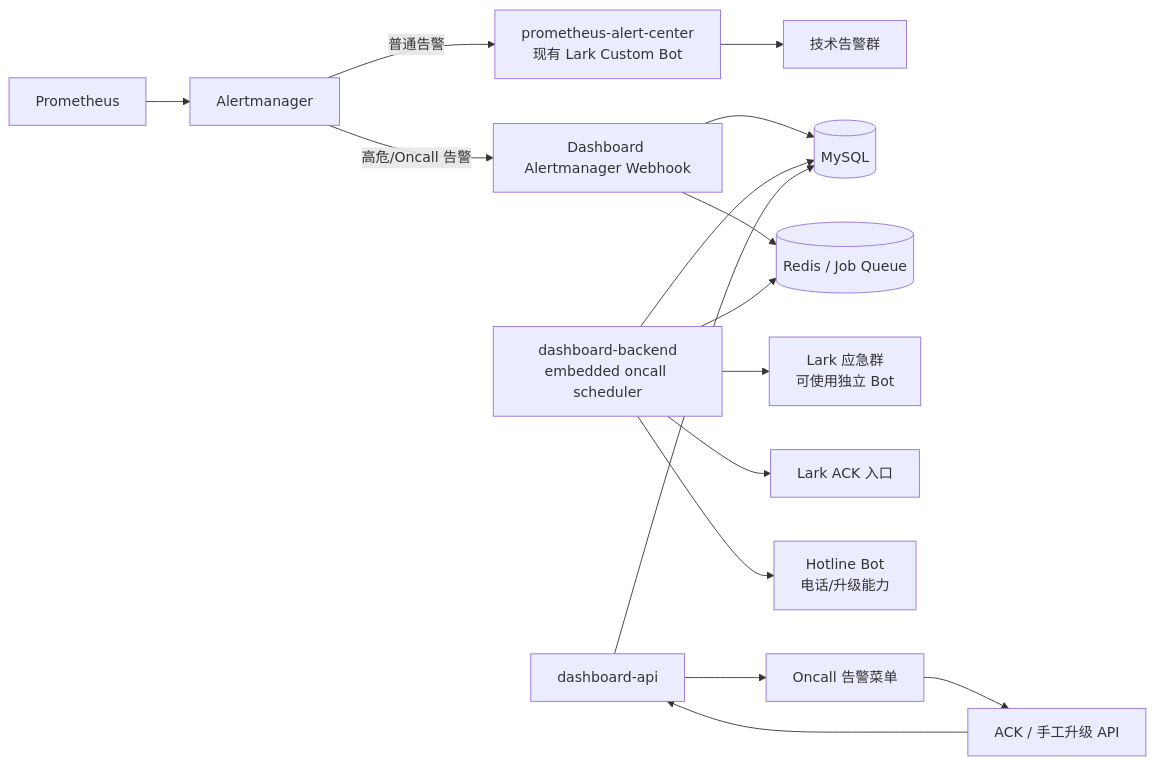
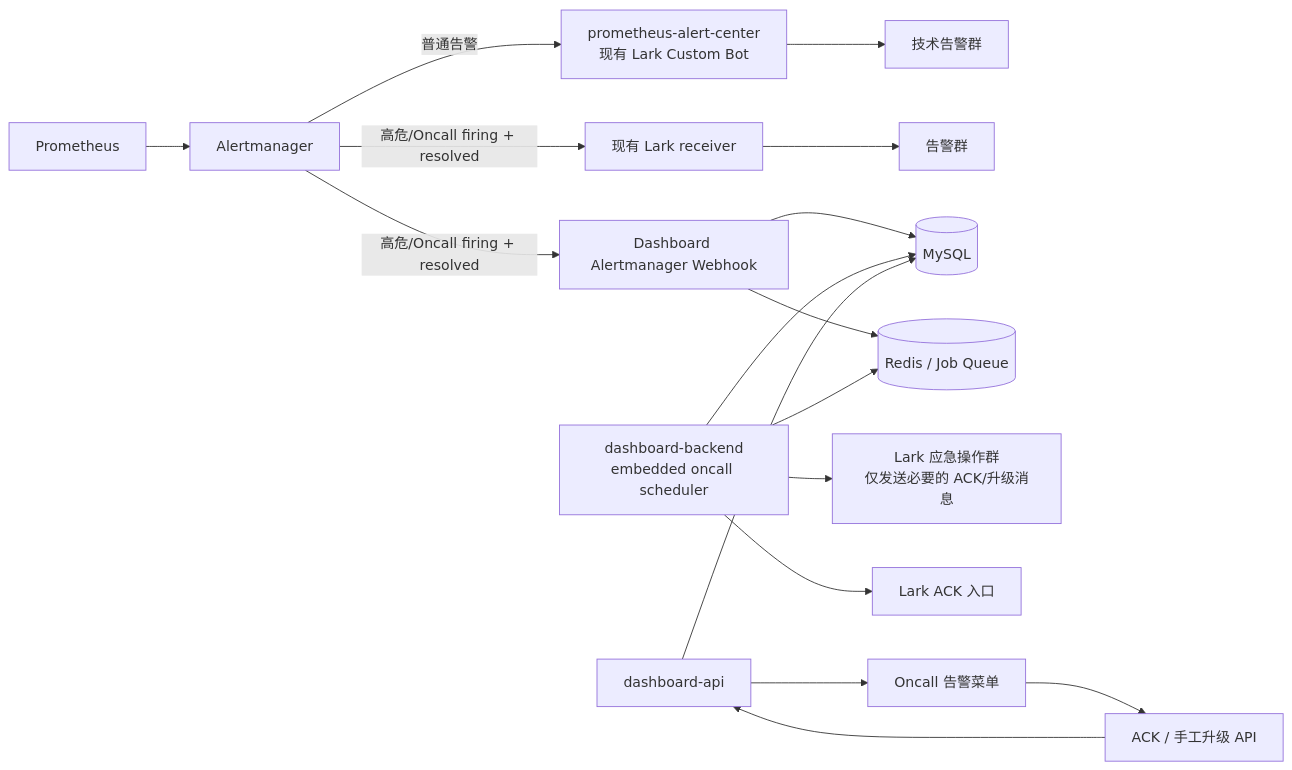
Before and after one commit to liuzel01/dashboard: the diagram in docs/2026-09-22-prometheus-alertmanager-lark-oncall-integration-plan.md, drawn with Mermaid. The commit also changed other lines of this file and 3 other files, not shown here.

Commit message:
feat(oncall): clarify Alertmanager lifecycle and notification fallback

````diff
--- a/docs/2026-09-22-prometheus-alertmanager-lark-oncall-integration-plan.md
+++ b/docs/2026-09-22-prometheus-alertmanager-lark-oncall-integration-plan.md
@@ -51,18 +53,19 @@
 ```mermaid
 flowchart LR
     P[Prometheus] --> AM[Alertmanager]
     AM -->|普通告警| OLD[prometheus-alert-center<br/>现有 Lark Custom Bot]
     OLD --> TECH[技术告警群]
-    AM -->|高危/Oncall 告警| WH[Dashboard Alertmanager Webhook]
+    AM -->|高危/Oncall firing + resolved| OLD2[现有 Lark receiver]
+    OLD2 --> TECH2[告警群]
+    AM -->|高危/Oncall firing + resolved| WH[Dashboard Alertmanager Webhook]
     WH --> DB[(MySQL)]
     WH --> Q[(Redis / Job Queue)]
     W[dashboard-backend<br/>embedded oncall scheduler] --> DB
     W --> Q
-    W --> GROUP[Lark 应急群<br/>可使用独立 Bot]
+    W --> GROUP[Lark 应急操作群<br/>仅发送必要的 ACK/升级消息]
     W --> ACK[Lark ACK 入口]
-    W --> HOTLINE[Hotline Bot<br/>电话/升级能力]
     API[dashboard-api] --> DB
     API --> UI[Oncall 告警菜单]
     UI --> ACKAPI[ACK / 手工升级 API]
     ACKAPI --> API
 ```
````
